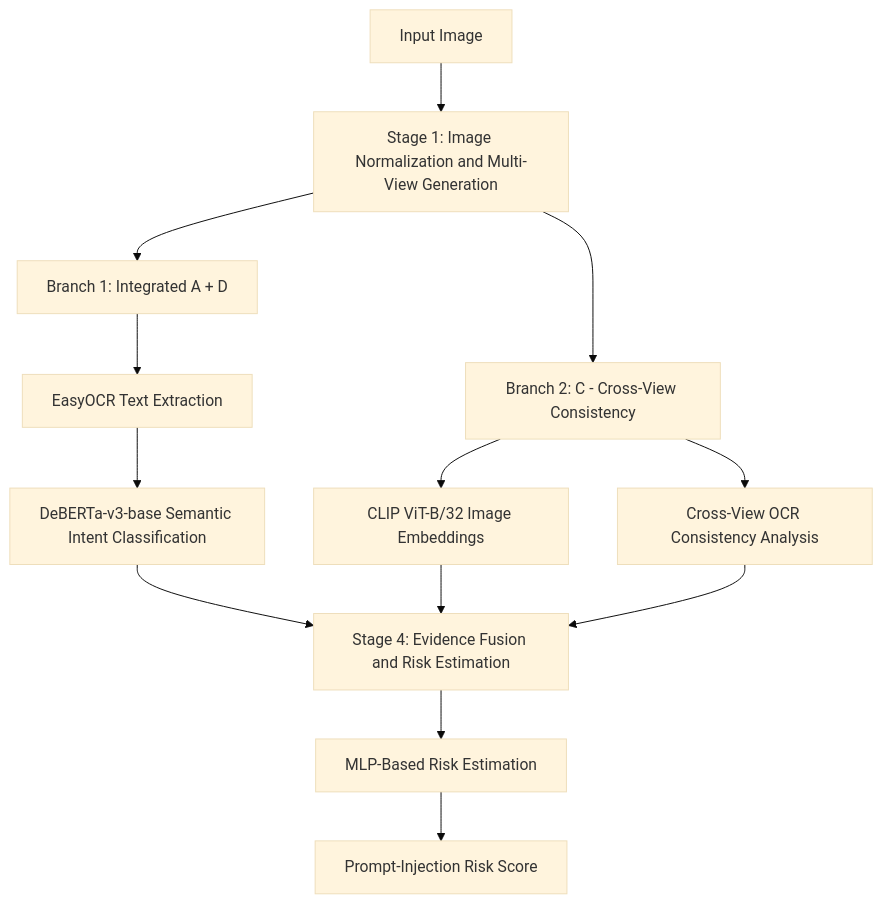
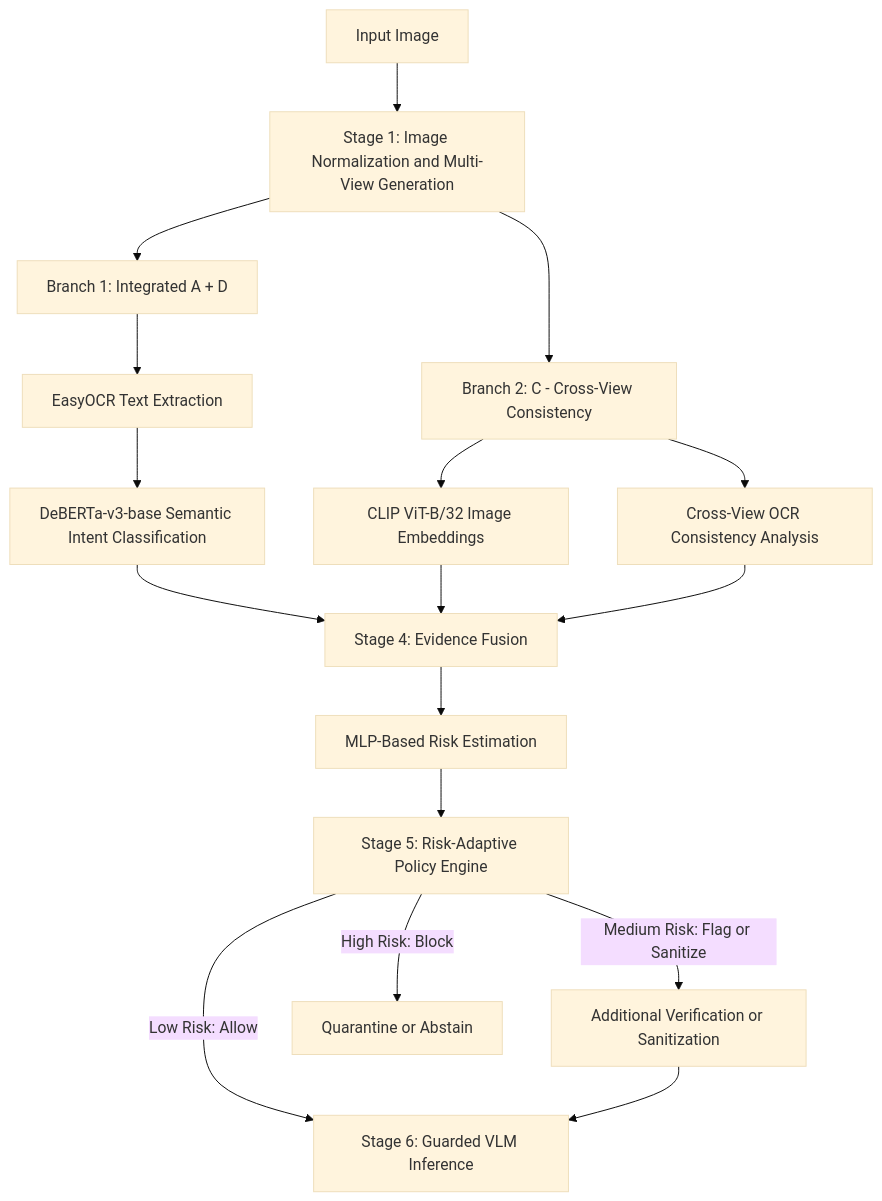
Before and after one commit to Shobana-rvu/Defending-Prompt-injection-in-visual-LLMs: the diagram in README.md, drawn with Mermaid (base theme). The commit also changed other lines of this file, not shown here.

````diff
--- a/README.md
+++ b/README.md
@@ -123,20 +214,25 @@
 ```mermaid
 flowchart TD
     A[Input Image] --> B[Stage 1: Image Normalization and Multi-View Generation]
 
     B --> C[Branch 1: Integrated A + D]
     B --> D[Branch 2: C - Cross-View Consistency]
 
     C --> E[EasyOCR Text Extraction]
     E --> F[DeBERTa-v3-base Semantic Intent Classification]
 
     D --> G[CLIP ViT-B/32 Image Embeddings]
     D --> H[Cross-View OCR Consistency Analysis]
 
-    F --> I[Stage 4: Evidence Fusion and Risk Estimation]
+    F --> I[Stage 4: Evidence Fusion]
     G --> I
     H --> I
 
     I --> J[MLP-Based Risk Estimation]
-    J --> K[Prompt-Injection Risk Score]
+    J --> K[Stage 5: Risk-Adaptive Policy Engine]
+
+    K -->|Low Risk: Allow| L[Stage 6: Guarded VLM Inference]
+    K -->|Medium Risk: Flag or Sanitize| M[Additional Verification or Sanitization]
+    M --> L
+    K -->|High Risk: Block| N[Quarantine or Abstain]
 ```
````
